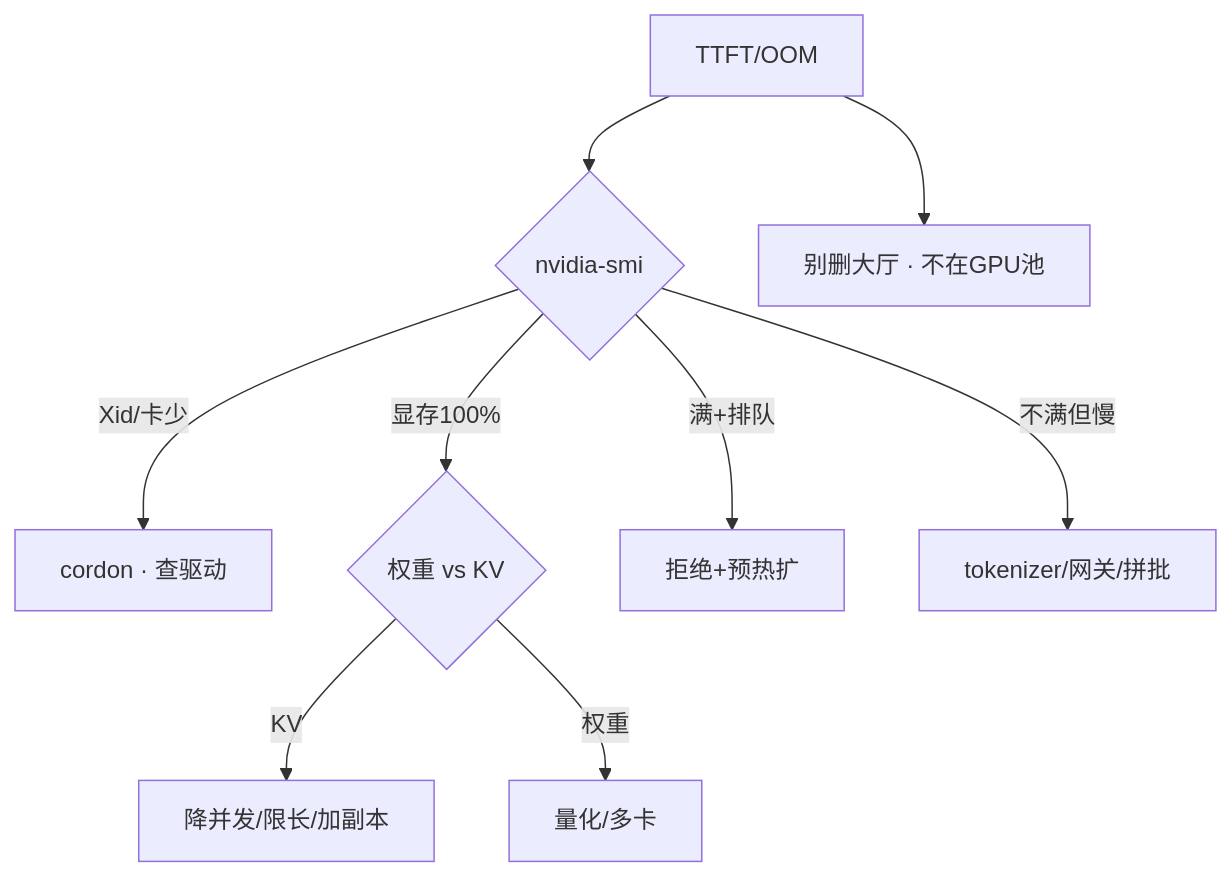
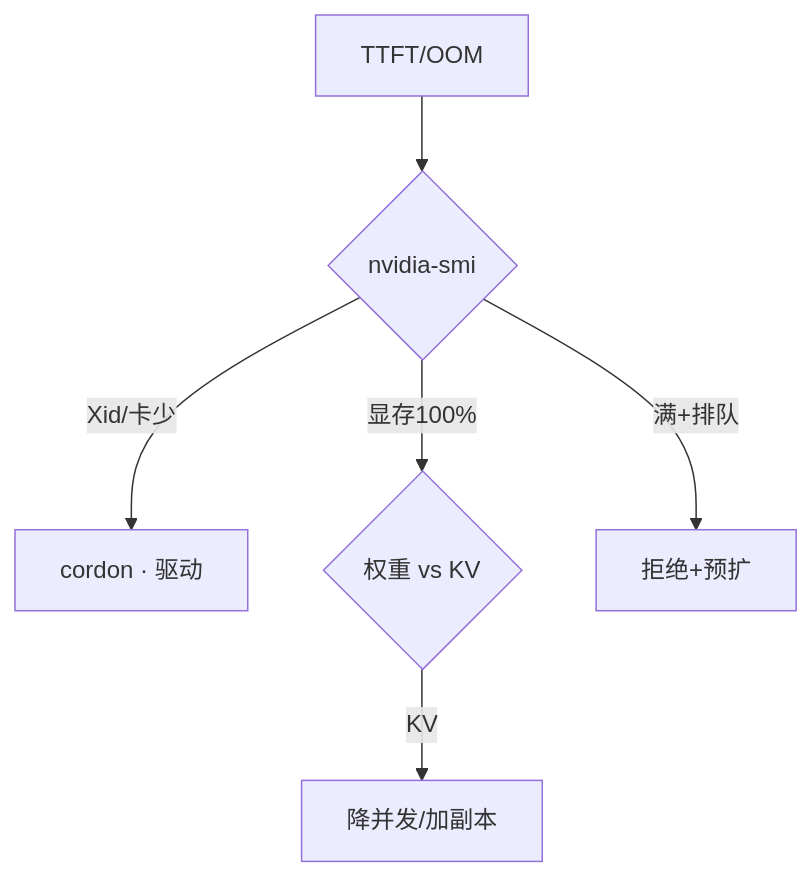
Before and after one commit to ml-cuizijun/LearnToLilith: the fifth of 5 diagrams in 09-AI与智能运维/08-GPU与推理服务运维/知识点.md, drawn with Mermaid. The commit also changed other lines of this file and 107 other files, not shown here.

````diff
--- a/09-AI与智能运维/08-GPU与推理服务运维/知识点.md
+++ b/09-AI与智能运维/08-GPU与推理服务运维/知识点.md
@@ -290,11 +346,8 @@
 ```mermaid
 flowchart TB
     A["TTFT/OOM"] --> B{"nvidia-smi"}
-    B -->|Xid/卡少| C["cordon · 查驱动"]
+    B -->|Xid/卡少| C["cordon · 驱动"]
     B -->|显存100%| D{"权重 vs KV"}
-    D -->|KV| E["降并发/限长/加副本"]
-    D -->|权重| F["量化/多卡"]
-    B -->|满+排队| G["拒绝+预热扩"]
-    B -->|不满但慢| H["tokenizer/网关/拼批"]
-    A --> I["别删大厅 · 不在GPU池"]
+    D -->|KV| E["降并发/加副本"]
+    B -->|满+排队| F["拒绝+预扩"]
 ```
````
